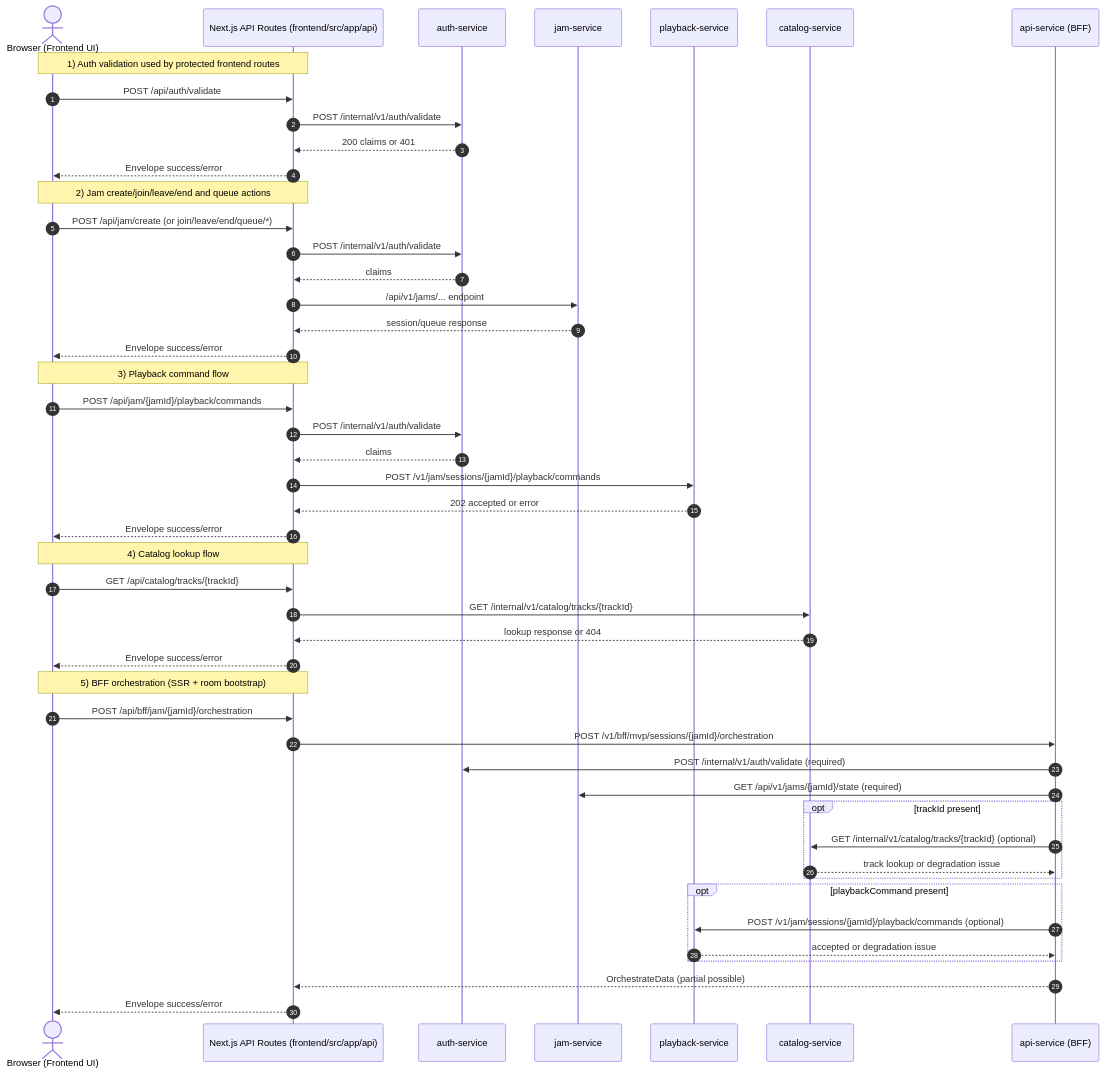
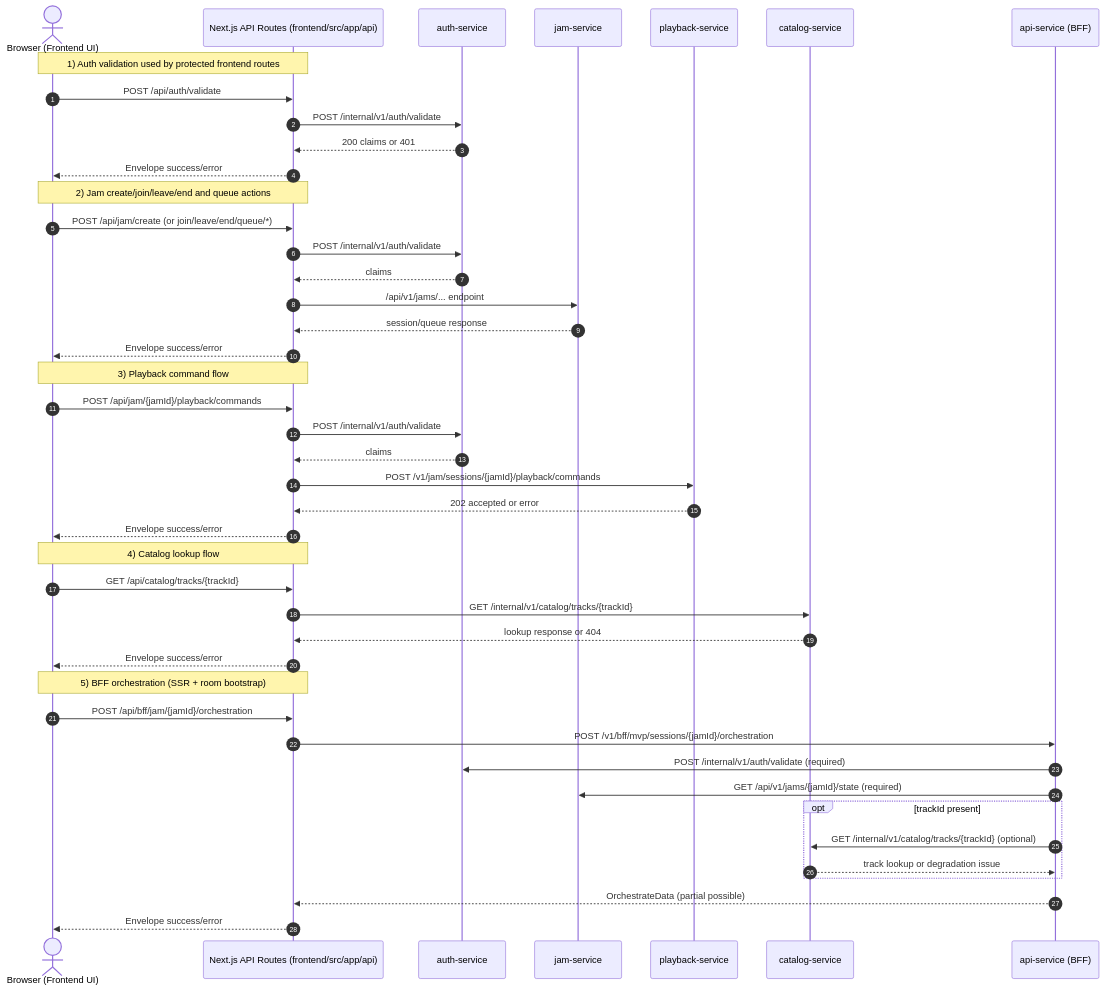
One commit to Hungfont/vibe-jams changed the first of 2 diagrams in docs/frontend-backend-sequence.md. Above: the diagram before and after it, drawn with Mermaid. The commit also changed other lines of this file and 22 other files, not shown here.

````diff
--- a/docs/frontend-backend-sequence.md
+++ b/docs/frontend-backend-sequence.md
@@ -112,55 +112,51 @@
 ```mermaid
 sequenceDiagram
     autonumber
     actor U as Browser (Frontend UI)
     participant N as Next.js API Routes (frontend/src/app/api)
     participant A as auth-service
     participant J as jam-service
     participant P as playback-service
     participant C as catalog-service
     participant B as api-service (BFF)
 
     Note over U,N: 1) Auth validation used by protected frontend routes
     U->>N: POST /api/auth/validate
     N->>A: POST /internal/v1/auth/validate
     A-->>N: 200 claims or 401
     N-->>U: Envelope success/error
 
     Note over U,N: 2) Jam create/join/leave/end and queue actions
     U->>N: POST /api/jam/create (or join/leave/end/queue/*)
     N->>A: POST /internal/v1/auth/validate
     A-->>N: claims
     N->>J: /api/v1/jams/... endpoint
     J-->>N: session/queue response
     N-->>U: Envelope success/error
 
     Note over U,N: 3) Playback command flow
     U->>N: POST /api/jam/{jamId}/playback/commands
     N->>A: POST /internal/v1/auth/validate
     A-->>N: claims
     N->>P: POST /v1/jam/sessions/{jamId}/playback/commands
     P-->>N: 202 accepted or error
     N-->>U: Envelope success/error
 
     Note over U,N: 4) Catalog lookup flow
     U->>N: GET /api/catalog/tracks/{trackId}
     N->>C: GET /internal/v1/catalog/tracks/{trackId}
     C-->>N: lookup response or 404
     N-->>U: Envelope success/error
 
     Note over U,N: 5) BFF orchestration (SSR + room bootstrap)
     U->>N: POST /api/bff/jam/{jamId}/orchestration
     N->>B: POST /v1/bff/mvp/sessions/{jamId}/orchestration
     B->>A: POST /internal/v1/auth/validate (required)
     B->>J: GET /api/v1/jams/{jamId}/state (required)
     opt trackId present
         B->>C: GET /internal/v1/catalog/tracks/{trackId} (optional)
         C-->>B: track lookup or degradation issue
     end
-    opt playbackCommand present
-        B->>P: POST /v1/jam/sessions/{jamId}/playback/commands (optional)
-        P-->>B: accepted or degradation issue
-    end
     B-->>N: OrchestrateData (partial possible)
     N-->>U: Envelope success/error
 ```
````
